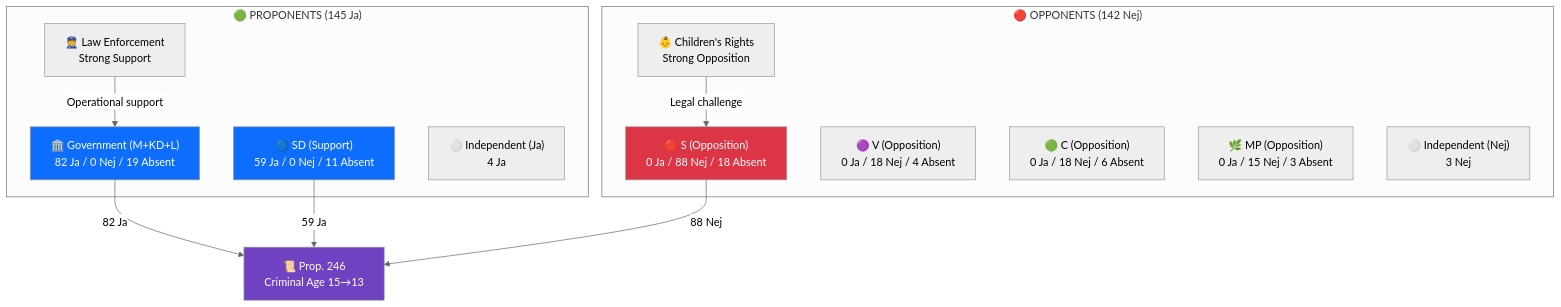
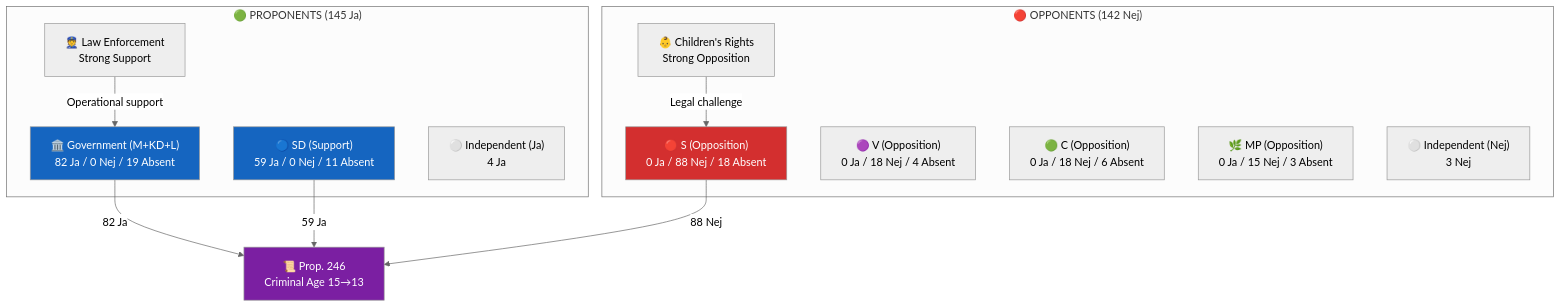
One commit to Hack23/riksdagsmonitor changed the first of 2 diagrams in analysis/daily/2026-04-16/realtime-1244/stakeholder-perspectives.md. Above: the diagram before and after it, drawn with Mermaid (neutral theme). The commit also changed 785 other files, not shown here.

First line of the commit message:
Normalize mermaid colors across 786 analysis artifacts to ISMS Style Guide palette

````diff
--- a/analysis/daily/2026-04-16/realtime-1244/stakeholder-perspectives.md
+++ b/analysis/daily/2026-04-16/realtime-1244/stakeholder-perspectives.md
@@ -19,29 +19,29 @@
 ```mermaid
 graph TB
     subgraph "🟢 PROPONENTS (145 Ja)"
         GOV["🏛️ Government (M+KD+L)<br/>82 Ja / 0 Nej / 19 Absent"]
         SD_S["🔵 SD (Support)<br/>59 Ja / 0 Nej / 11 Absent"]
         IND_J["⚪ Independent (Ja)<br/>4 Ja"]
         POLICE["👮 Law Enforcement<br/>Strong Support"]
     end
     
     subgraph "🔴 OPPONENTS (142 Nej)"
         S_P["🔴 S (Opposition)<br/>0 Ja / 88 Nej / 18 Absent"]
         V_P["🟣 V (Opposition)<br/>0 Ja / 18 Nej / 4 Absent"]
         C_P["🟢 C (Opposition)<br/>0 Ja / 18 Nej / 6 Absent"]
         MP_P["🌿 MP (Opposition)<br/>0 Ja / 15 Nej / 3 Absent"]
         IND_N["⚪ Independent (Nej)<br/>3 Nej"]
         CHILDREN["👶 Children's Rights<br/>Strong Opposition"]
     end
     
     GOV -->|"82 Ja"| PROP246["📜 Prop. 246<br/>Criminal Age 15→13"]
     SD_S -->|"59 Ja"| PROP246
     S_P -->|"88 Nej"| PROP246
     POLICE -->|"Operational support"| GOV
     CHILDREN -->|"Legal challenge"| S_P
     
-    style GOV fill:#0d6efd,color:#fff
-    style SD_S fill:#0d6efd,color:#fff
-    style S_P fill:#dc3545,color:#fff
-    style PROP246 fill:#6f42c1,color:#fff
+    style GOV fill:#1565C0,color:#FFFFFF
+    style SD_S fill:#1565C0,color:#FFFFFF
+    style S_P fill:#D32F2F,color:#FFFFFF
+    style PROP246 fill:#7B1FA2,color:#FFFFFF
 ```
````
